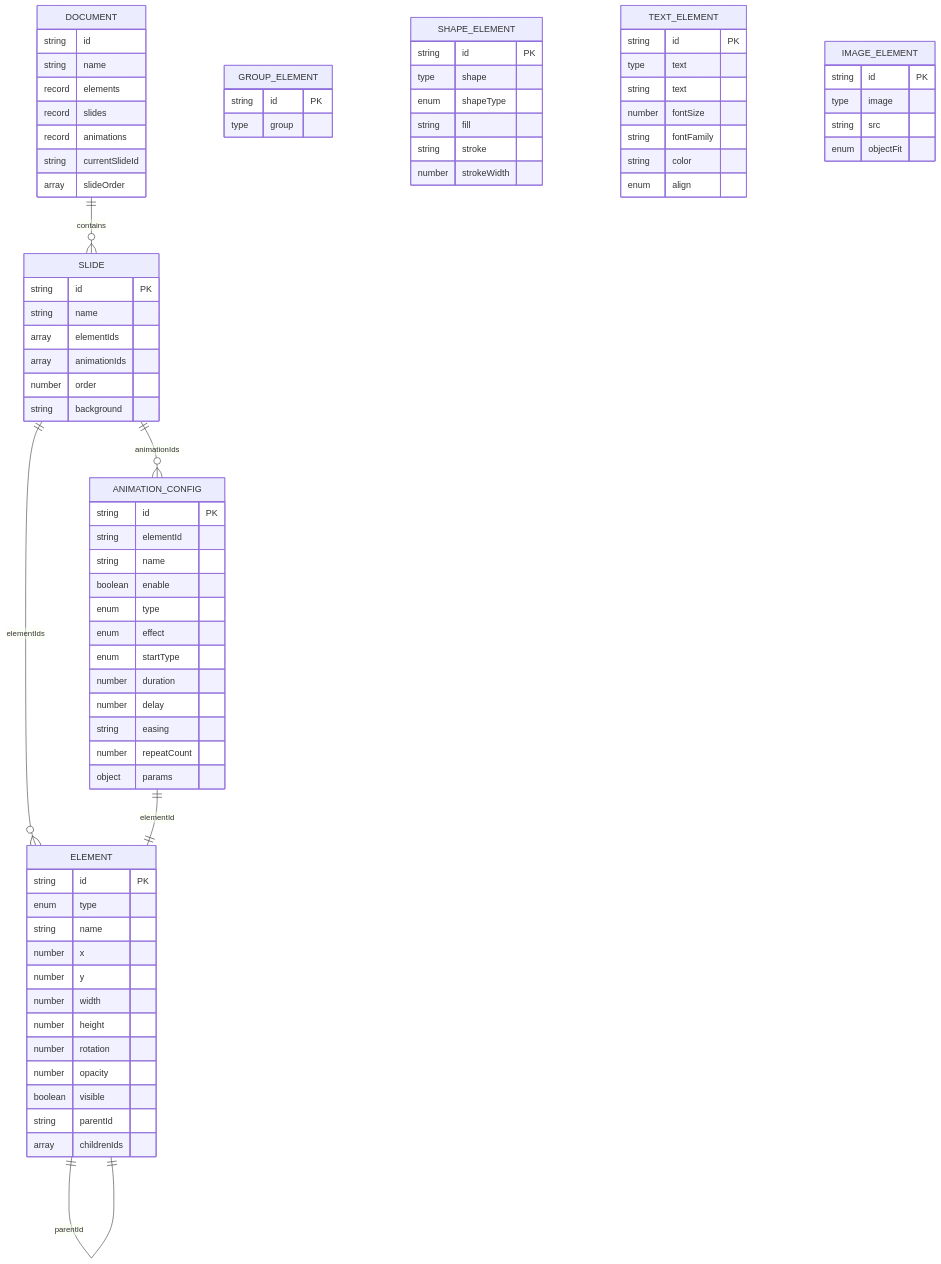
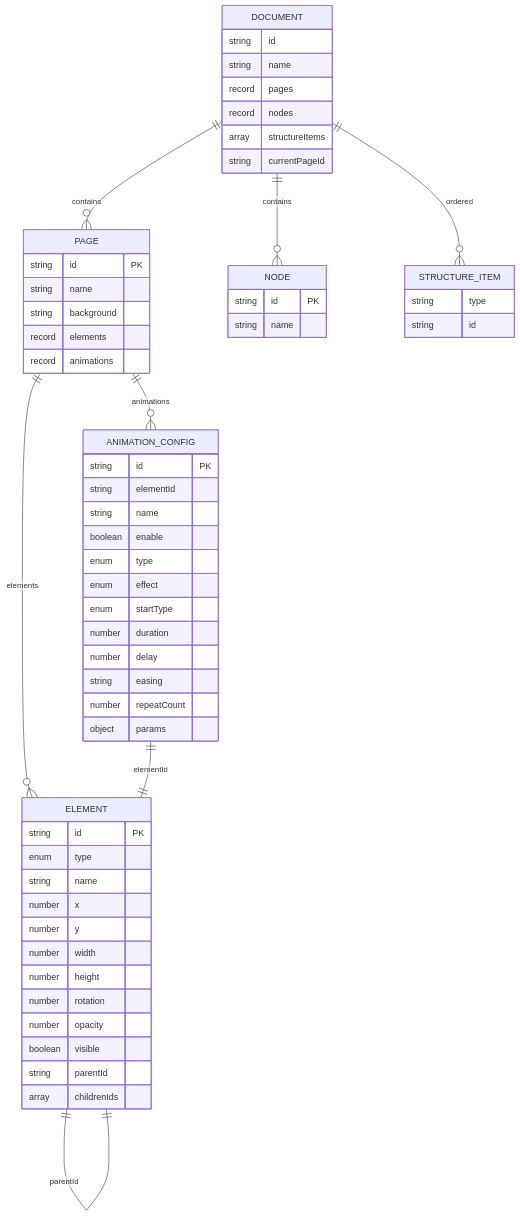
One commit to Anna0314zy/ai_editor_enginer changed the fourth of 15 diagrams in .qoder/repowiki/en/content/Core Engine System/Core Engine System.md. Above: the diagram before and after it, drawn with Mermaid. The commit also changed other lines of this file and 12 other files, not shown here.

````diff
--- a/.qoder/repowiki/en/content/Core Engine System/Core Engine System.md
+++ b/.qoder/repowiki/en/content/Core Engine System/Core Engine System.md
@@ -276,81 +282,62 @@
 ```mermaid
 erDiagram
 DOCUMENT {
 string id
 string name
-record elements
-record slides
-record animations
-string currentSlideId
-array slideOrder
+record pages
+record nodes
+array structureItems
+string currentPageId
 }
-SLIDE {
+PAGE {
 string id PK
 string name
-array elementIds
-array animationIds
-number order
 string background
+record elements
+record animations
+}
+NODE {
+string id PK
+string name
+}
+STRUCTURE_ITEM {
+string type
+string id
 }
 ELEMENT {
 string id PK
 enum type
 string name
 number x
 number y
 number width
 number height
 number rotation
 number opacity
 boolean visible
 string parentId
 array childrenIds
 }
 ANIMATION_CONFIG {
 string id PK
 string elementId
 string name
 boolean enable
 enum type
 enum effect
 enum startType
 number duration
 number delay
 string easing
 number repeatCount
 object params
 }
-GROUP_ELEMENT {
-string id PK
-type group
-}
-SHAPE_ELEMENT {
-string id PK
-type shape
-enum shapeType
-string fill
-string stroke
-number strokeWidth
-}
-TEXT_ELEMENT {
-string id PK
-type text
-string text
-number fontSize
-string fontFamily
-string color
-enum align
-}
-IMAGE_ELEMENT {
-string id PK
-type image
-string src
-enum objectFit
-}
-DOCUMENT ||--o{ SLIDE : "contains"
-SLIDE ||--o{ ELEMENT : "elementIds"
-SLIDE ||--o{ ANIMATION_CONFIG : "animationIds"
+DOCUMENT ||--o{ PAGE : "contains"
+DOCUMENT ||--o{ NODE : "contains"
+DOCUMENT ||--o{ STRUCTURE_ITEM : "ordered"
+PAGE ||--o{ ELEMENT : "elements"
+PAGE ||--o{ ANIMATION_CONFIG : "animations"
 ELEMENT ||--o{ ELEMENT : "childrenIds"
 ELEMENT ||--|| ELEMENT : "parentId"
 ANIMATION_CONFIG ||--|| ELEMENT : "elementId"
 ```
````
